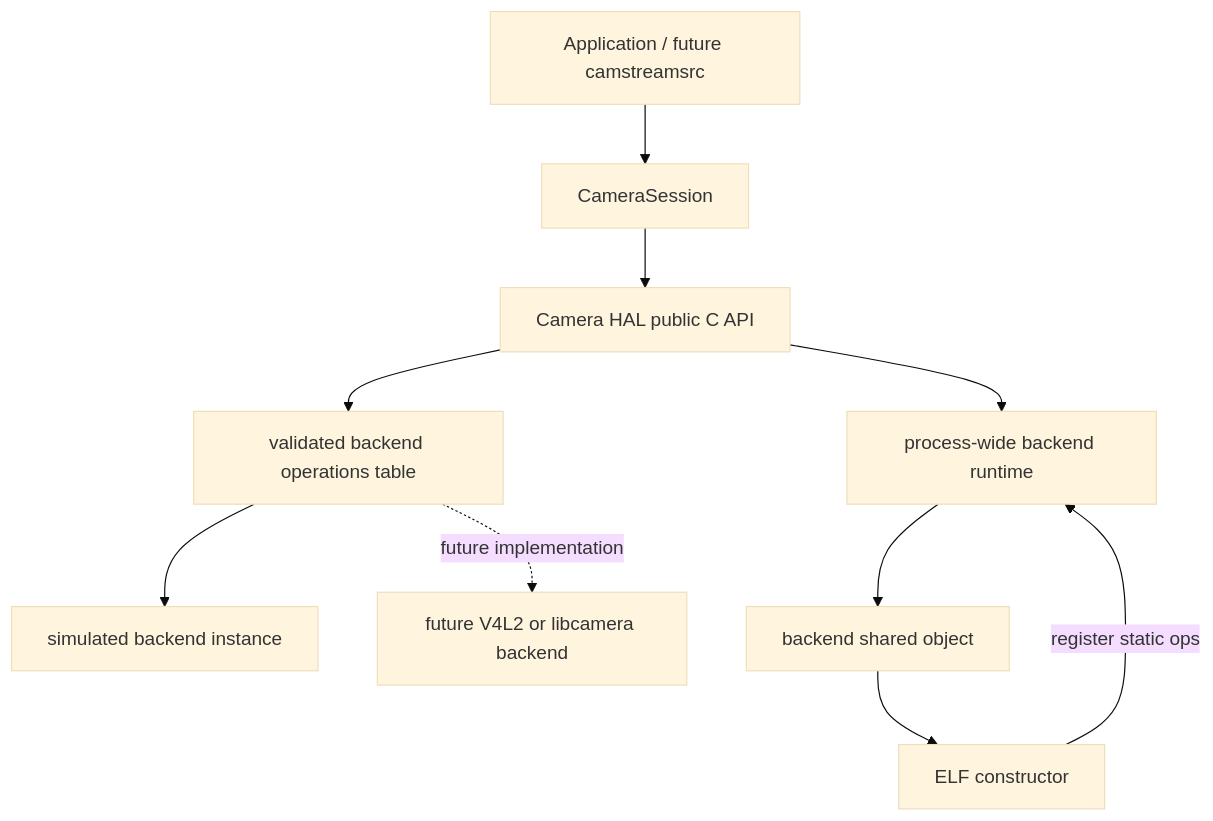
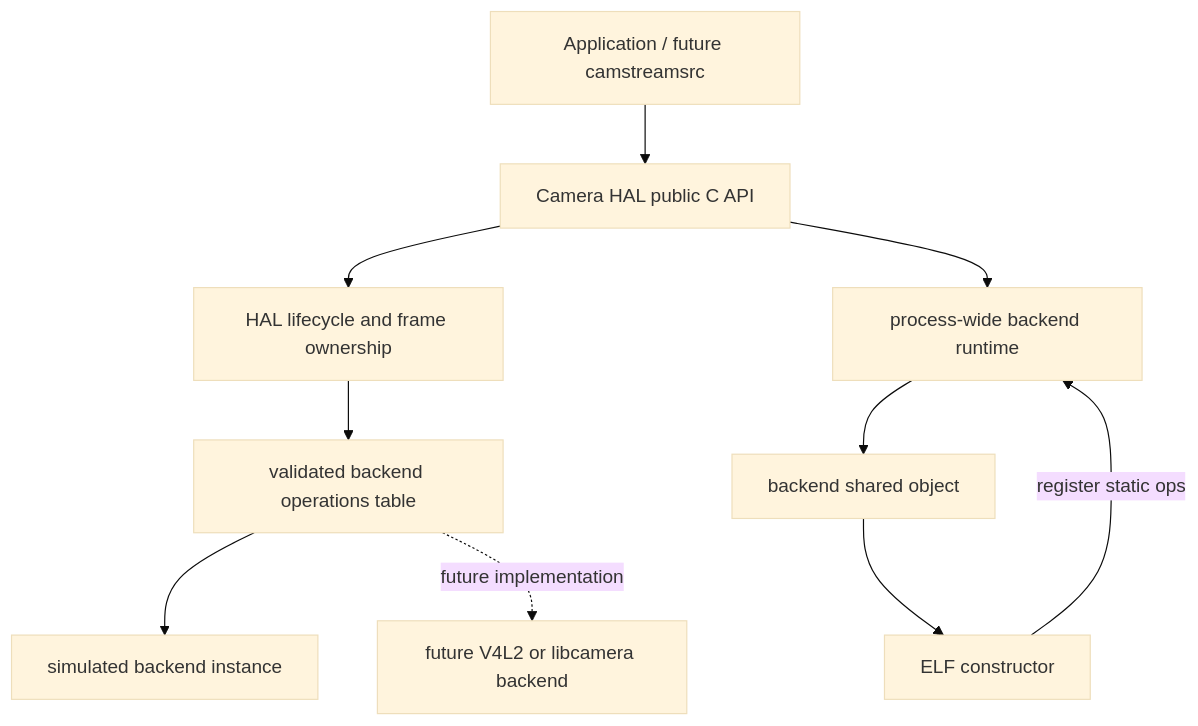
The diagram in docs/architecture/camera-hal-design.md (tungnhs2014/camstream-control), drawn with Mermaid (base theme) before and after one commit. The commit also changed other lines of this file and 35 other files, not shown here.

Commit message:
feat(camera): complete Stage 8.5 HAL architecture and V4L2 phase 1

````diff
--- a/docs/architecture/camera-hal-design.md
+++ b/docs/architecture/camera-hal-design.md
@@ -23,17 +23,17 @@
 ```mermaid
 flowchart TB
     Upper["Application / future camstreamsrc"]
-    Session["CameraSession"]
     Hal["Camera HAL public C API"]
+    Core["HAL lifecycle and frame ownership"]
     Runtime["process-wide backend runtime"]
     Ops["validated backend operations table"]
     Module["backend shared object"]
     Constructor["ELF constructor"]
     Simulated["simulated backend instance"]
     Future["future V4L2 or libcamera backend"]
 
-    Upper --> Session --> Hal --> Ops --> Simulated
+    Upper --> Hal --> Core --> Ops --> Simulated
     Hal --> Runtime --> Module
     Module --> Constructor -->|register static ops| Runtime
     Ops -. future implementation .-> Future
 ```
````
